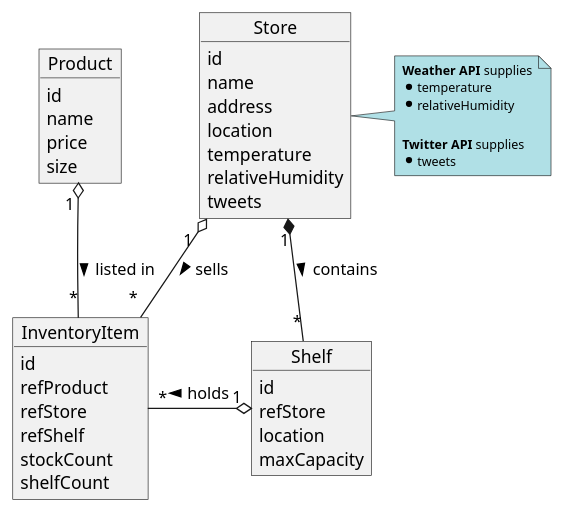
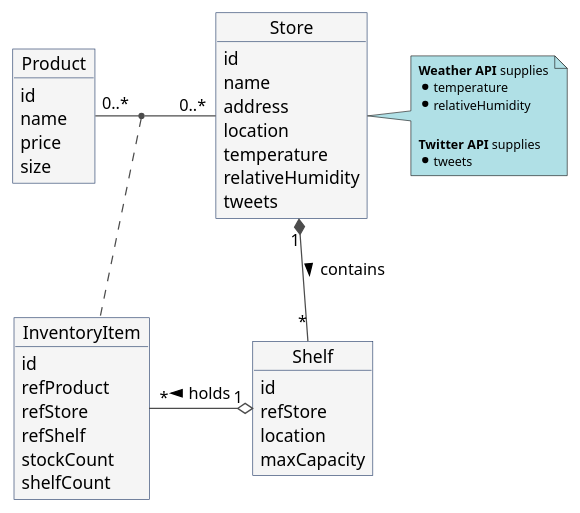
The diagram in diagrams/entities.puml (FIWARE/tutorials.Context-Providers), drawn with PlantUML before and after one commit. The commit also changed 1 other file, not shown here.

```diff
--- a/diagrams/entities.puml
+++ b/diagrams/entities.puml
@@ -1,50 +1,59 @@
 @startuml
+
+skinparam object {
+  BackgroundColor #f5f5f5
+  ArrowColor #4c4c4c
+  BorderColor #233c68
+}
+
 object Product
 
 Product : id 
 Product : name 
 Product : price 
 Product : size 
 
 
 object InventoryItem
 
 InventoryItem : id 
 InventoryItem : refProduct 
 InventoryItem : refStore 
 InventoryItem : refShelf 
 InventoryItem : stockCount 
 InventoryItem : shelfCount 
 
 
 object Store
 
 Store : id 
 Store : name 
 Store : address 
 Store : location 
 Store : temperature 
 Store : relativeHumidity 
 Store : tweets
 
 note right of Store #PowderBlue
   <size:10><b>Weather API</b> supplies</size>
   * <size:10>temperature</size>
   * <size:10>relativeHumidity</size>
 
   <size:10><b>Twitter API</b> supplies</size>
   * <size:10>tweets</size>
 end note 
 
 object Shelf
 
 Shelf : id 
 Shelf : refStore 
 Shelf : location 
 Shelf : maxCapacity
 
-Product "1 " o-- " *" InventoryItem  : listed in >
-Store " 1  " o-- " *  " InventoryItem :  sells >
 Store "1" *-- "*" Shelf : contains >
 InventoryItem "*" -o " 1" Shelf : < holds
+
+Product "0..*" - "0..*" Store
+(Product, Store) .. InventoryItem
+
 @enduml
```
